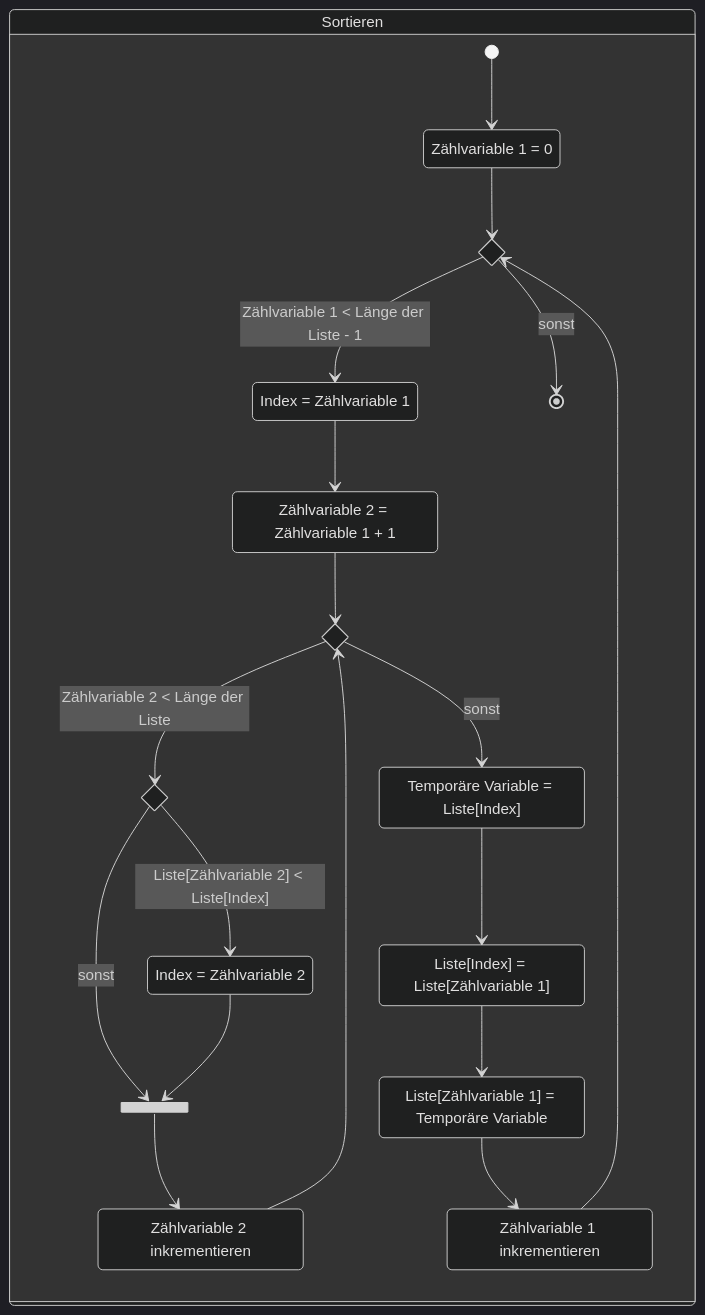
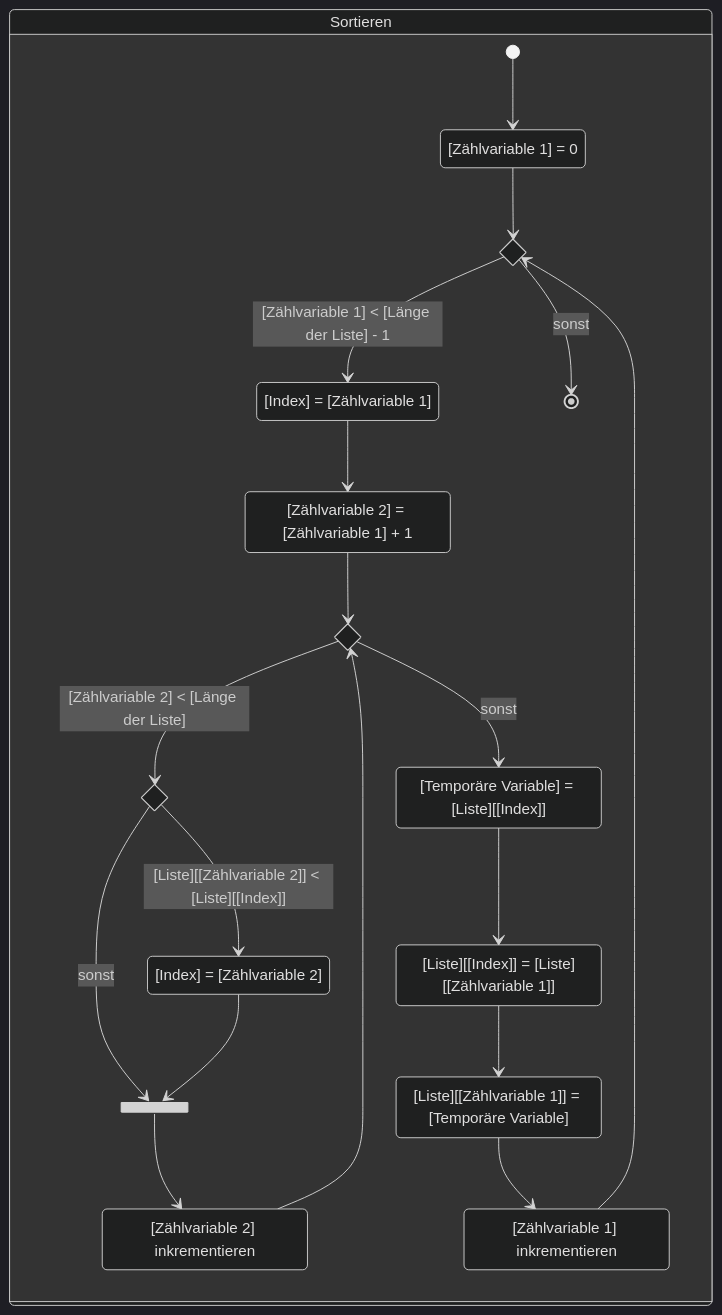
One commit to jappuccini/java-docs changed the third of 3 diagrams in docs/exam-exercises/exam-exercises-java1/activity-diagrams/selection-sort.md. Above: the diagram before and after it, drawn with Mermaid (dark theme). The commit also changed other lines of this file and 5 other files, not shown here.

````diff
--- a/docs/exam-exercises/exam-exercises-java1/activity-diagrams/selection-sort.md
+++ b/docs/exam-exercises/exam-exercises-java1/activity-diagrams/selection-sort.md
@@ -41,37 +41,37 @@
 ```mermaid
 stateDiagram-v2
-    state "Zählvariable 1 = 0" as state1
-    state "Index = Zählvariable 1" as state2
-    state "Zählvariable 2 = Zählvariable 1 + 1" as state3
-    state "Index = Zählvariable 2" as state4
-    state "Zählvariable 2 inkrementieren" as state5
-    state "Temporäre Variable = Liste[Index]" as state6
-    state "Liste[Index] = Liste[Zählvariable 1]" as state7
-    state "Liste[Zählvariable 1] = Temporäre Variable" as state8
-    state "Zählvariable 1 inkrementieren" as state9
+    state "[Zählvariable 1] = 0" as state1
+    state "[Index] = [Zählvariable 1]" as state2
+    state "[Zählvariable 2] = [Zählvariable 1] + 1" as state3
+    state "[Index] = [Zählvariable 2]" as state4
+    state "[Zählvariable 2] inkrementieren" as state5
+    state "[Temporäre Variable] = [Liste][[Index]]" as state6
+    state "[Liste][[Index]] = [Liste][[Zählvariable 1]]" as state7
+    state "[Liste][[Zählvariable 1]] = [Temporäre Variable]" as state8
+    state "[Zählvariable 1] inkrementieren" as state9
 
     state if1 <<choice>>
     state if2 <<choice>>
     state if3 <<choice>>
     state fork1 <<fork>>
 
     state "Sortieren" as sort {
         [*] --> state1
         state1 --> if1
-        if1 --> state2: Zählvariable 1 < Länge der Liste - 1
+        if1 --> state2: [Zählvariable 1] < [Länge der Liste] - 1
         if1 --> [*]: sonst
         state2 --> state3
         state3 --> if2
-        if2 --> if3: Zählvariable 2 < Länge der Liste
+        if2 --> if3: [Zählvariable 2] < [Länge der Liste]
         if2 --> state6: sonst
-        if3 --> state4: Liste[Zählvariable 2] < Liste[Index]
+        if3 --> state4: [Liste][[Zählvariable 2]] < [Liste][[Index]]
         if3 --> fork1: sonst
         state4 --> fork1
         fork1 --> state5
         state5 --> if2
         state6 --> state7
         state7 --> state8
         state8 --> state9
         state9 --> if1
     }
 ```
````
